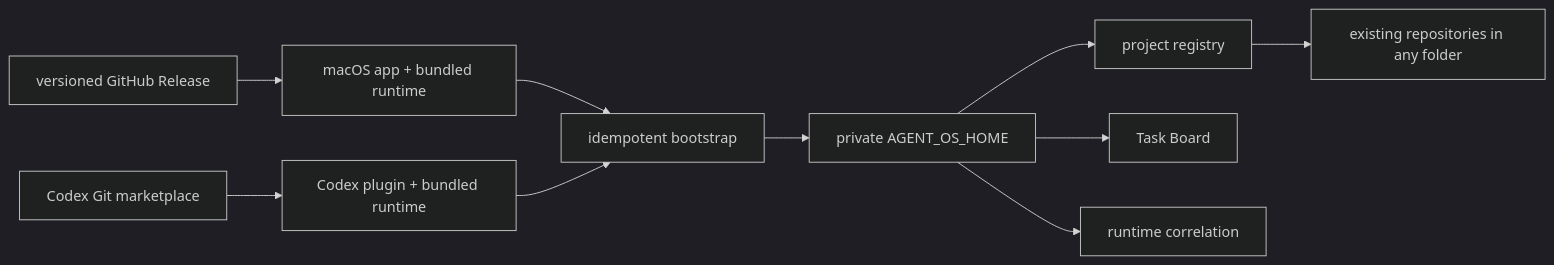
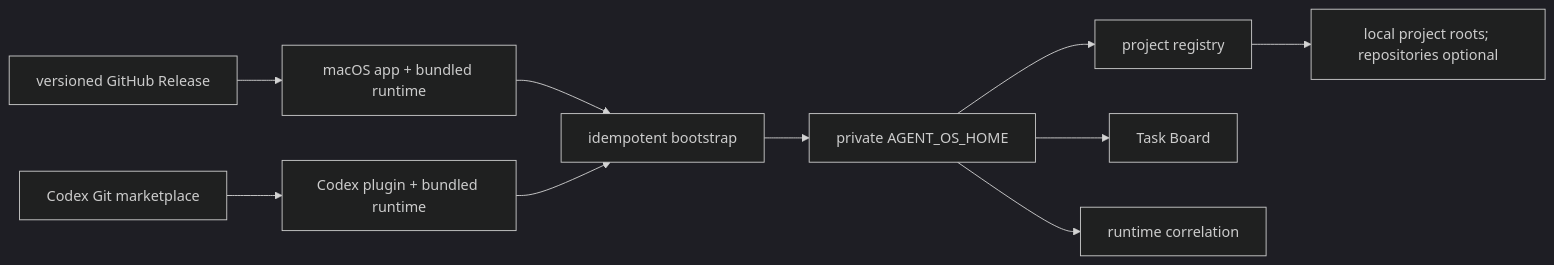
Before and after one commit to andrewgolovanov/agent-os: the diagram in docs/agent-os.md, drawn with Mermaid (dark theme). The commit also changed other lines of this file and 36 other files, not shown here.

First line of the commit message:
feat(projects): support local projects without git

````diff
--- a/docs/agent-os.md
+++ b/docs/agent-os.md
@@ -16,12 +16,12 @@
 ```mermaid
 flowchart LR
     release["versioned GitHub Release"] --> app["macOS app + bundled runtime"]
     marketplace["Codex Git marketplace"] --> plugins["Codex plugin + bundled runtime"]
     app --> bootstrap["idempotent bootstrap"]
     plugins --> bootstrap
     bootstrap --> home["private AGENT_OS_HOME"]
     home --> registry["project registry"]
     home --> tasks["Task Board"]
     home --> runtime["runtime correlation"]
-    registry --> repos["existing repositories in any folder"]
+    registry --> projects["local project roots; repositories optional"]
 ```
````
